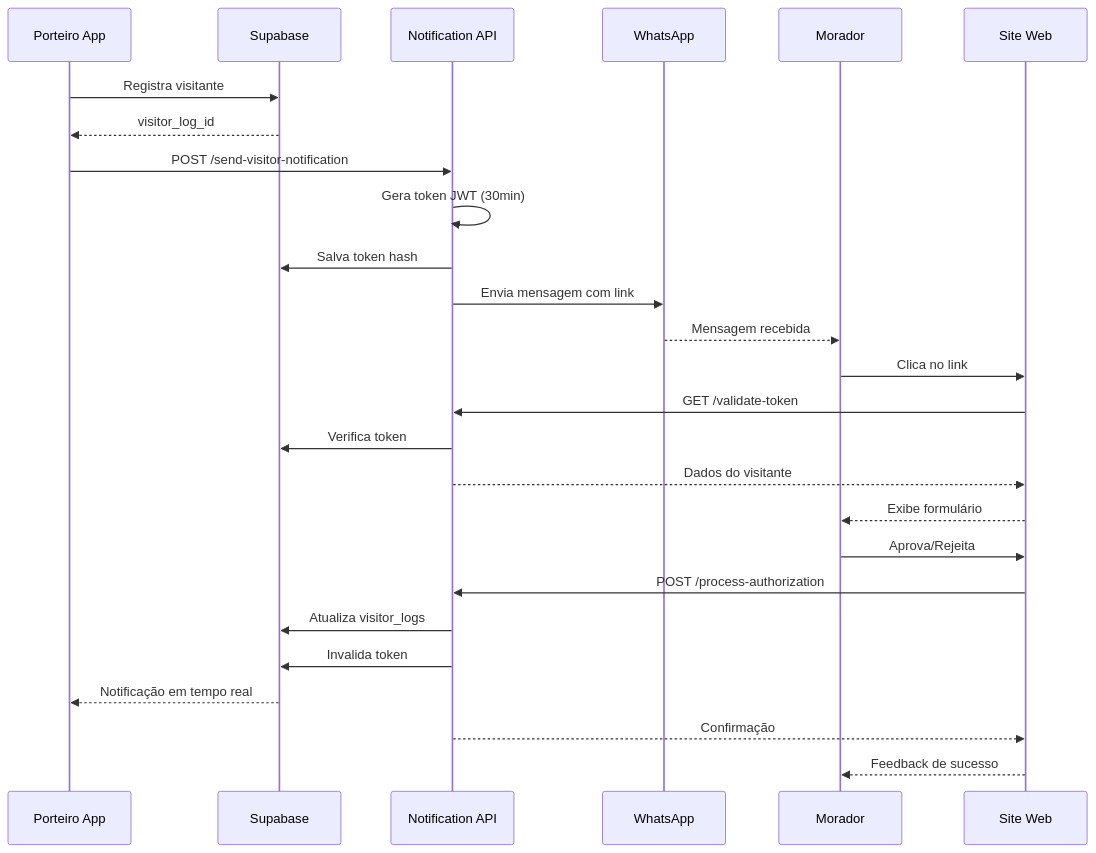
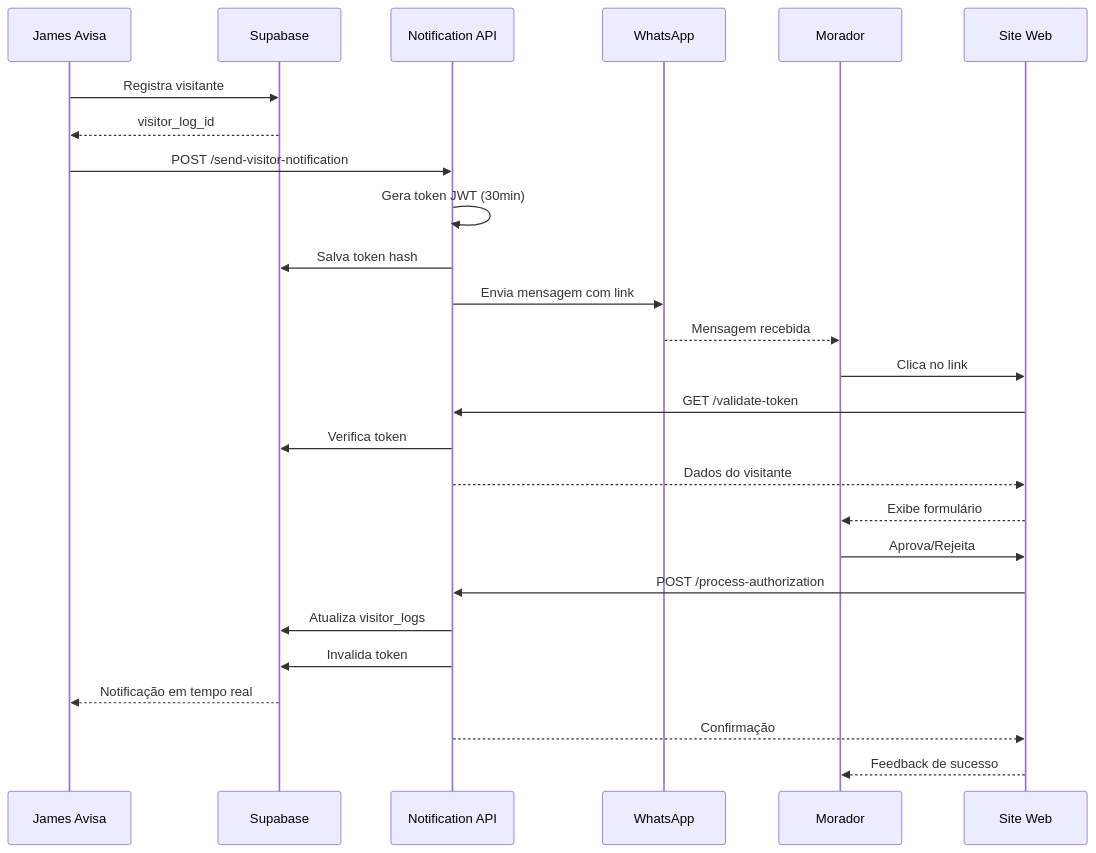
Before and after one commit to johnpgr/porteiroapp: the third of 3 diagrams in .trae/documents/sistema-notificacoes-api-token.md, drawn with Mermaid. The commit also changed 6 other files, not shown here.

````diff
--- a/.trae/documents/sistema-notificacoes-api-token.md
+++ b/.trae/documents/sistema-notificacoes-api-token.md
@@ -354,29 +354,29 @@
 ```mermaid
 sequenceDiagram
-    participant P as Porteiro App
+    participant P as James Avisa
     participant DB as Supabase
     participant API as Notification API
     participant WA as WhatsApp
     participant M as Morador
     participant W as Site Web
     
     P->>DB: Registra visitante
     DB-->>P: visitor_log_id
     P->>API: POST /send-visitor-notification
     API->>API: Gera token JWT (30min)
     API->>DB: Salva token hash
     API->>WA: Envia mensagem com link
     WA-->>M: Mensagem recebida
     M->>W: Clica no link
     W->>API: GET /validate-token
     API->>DB: Verifica token
     API-->>W: Dados do visitante
     W-->>M: Exibe formulário
     M->>W: Aprova/Rejeita
     W->>API: POST /process-authorization
     API->>DB: Atualiza visitor_logs
     API->>DB: Invalida token
     DB-->>P: Notificação em tempo real
     API-->>W: Confirmação
     W-->>M: Feedback de sucesso
 ```
````
